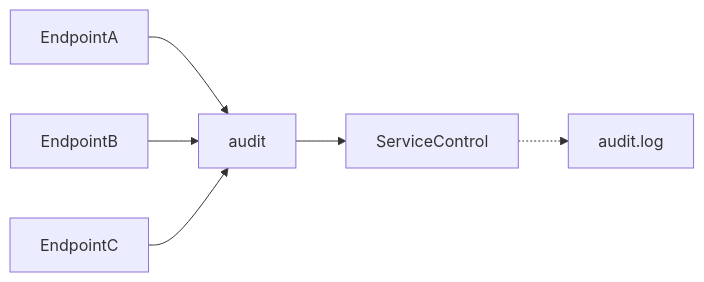
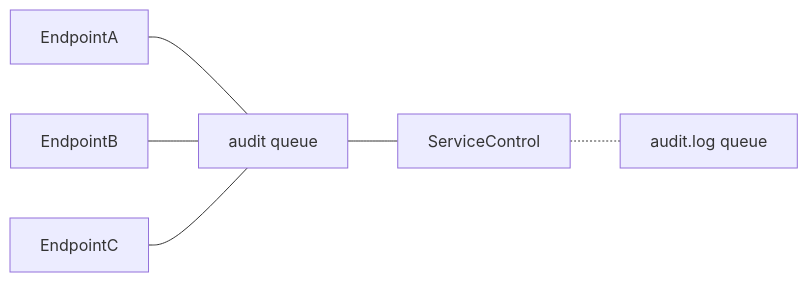
One commit to Particular/docs.particular.net changed the first of 2 diagrams in servicecontrol/integration/index.md. Above: the diagram before and after it, drawn with Mermaid. The commit also changed other lines of this file, not shown here.

````diff
--- a/servicecontrol/integration/index.md
+++ b/servicecontrol/integration/index.md
@@ -20,11 +21,11 @@
    ```mermaid
    graph LR
 
-   EndpointA --> AuditQ 
-   EndpointB --> AuditQ
-   EndpointC --> AuditQ
- 
-   AuditQ[audit] --> ServiceControl 
+   EndpointA --- AuditQ
+   EndpointB --- AuditQ
+   EndpointC --- AuditQ
 
-   ServiceControl .-> AuditLog[audit.log]
+   AuditQ[audit queue] --- ServiceControl
+
+   ServiceControl .- AuditLog[audit.log queue]
    ```
````
